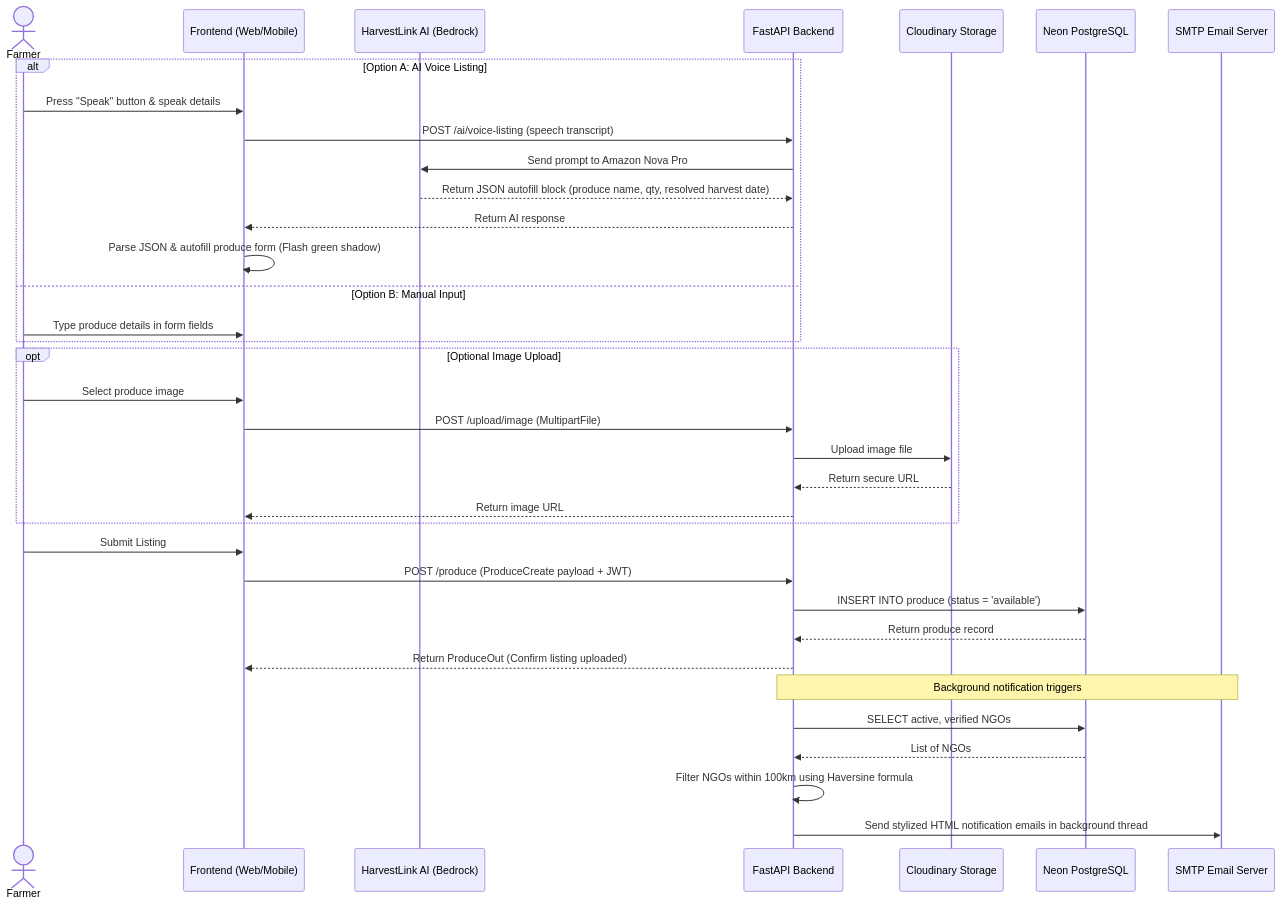
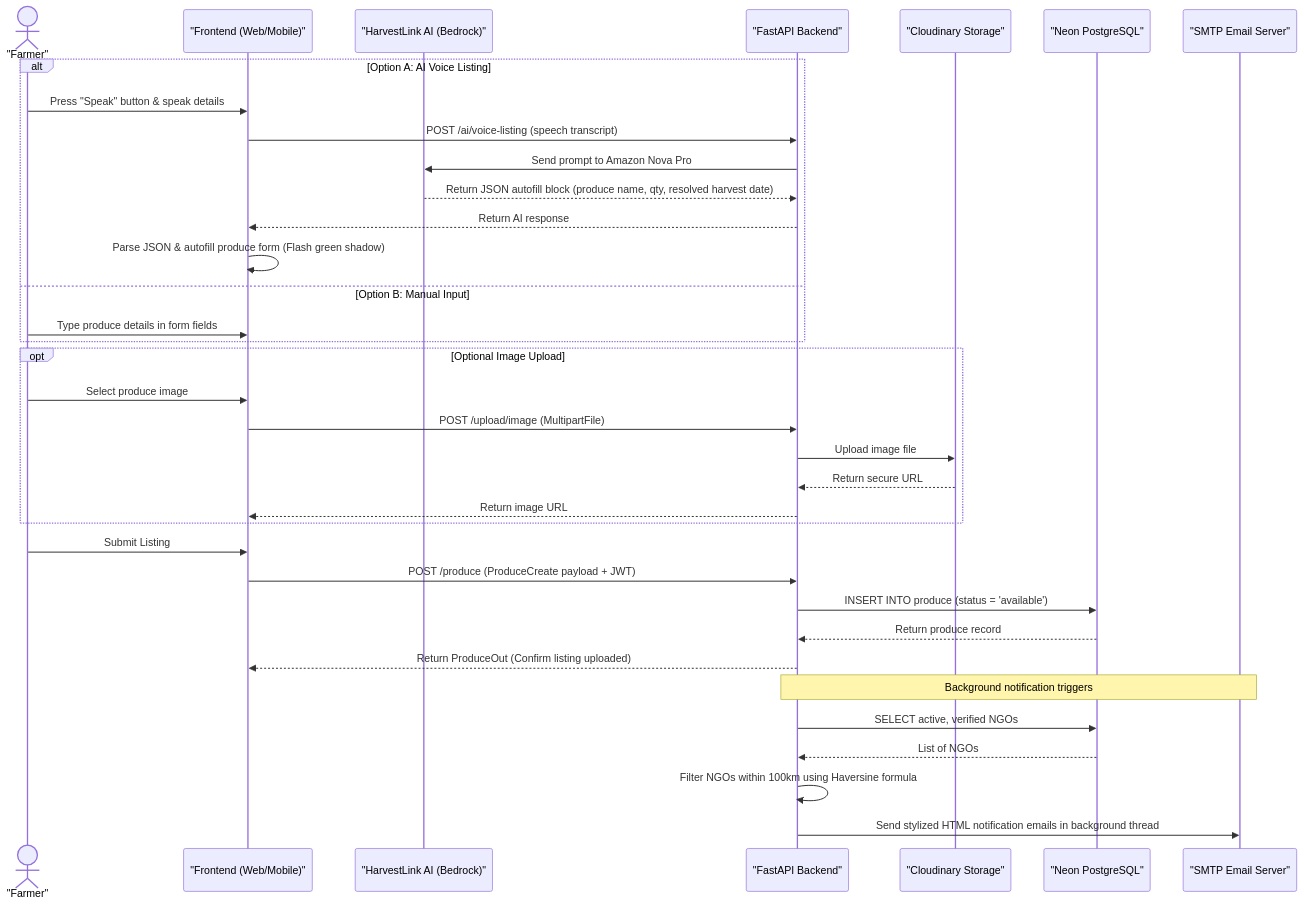
Before and after one commit to raza-shaikh-ai/Team-Core-4: the second of 5 diagrams in project_overview_presentation.md, drawn with Mermaid. The commit also changed other lines of this file and 19 other files, not shown here.

````diff
--- a/project_overview_presentation.md
+++ b/project_overview_presentation.md
@@ -107,41 +113,41 @@
 ```mermaid
 sequenceDiagram
-    actor Farmer
-    participant FE as Frontend (Web/Mobile)
-    participant AI as HarvestLink AI (Bedrock)
-    participant BE as FastAPI Backend
-    participant Cloud as Cloudinary Storage
-    participant DB as Neon PostgreSQL
-    participant Email as SMTP Email Server
+    actor Farmer as "Farmer"
+    participant FE as "Frontend (Web/Mobile)"
+    participant AI as "HarvestLink AI (Bedrock)"
+    participant BE as "FastAPI Backend"
+    participant Cloud as "Cloudinary Storage"
+    participant DB as "Neon PostgreSQL"
+    participant Email as "SMTP Email Server"
 
     alt Option A: AI Voice Listing
         Farmer->>FE: Press "Speak" button & speak details
         FE->>BE: POST /ai/voice-listing (speech transcript)
         BE->>AI: Send prompt to Amazon Nova Pro
         AI-->>BE: Return JSON autofill block (produce name, qty, resolved harvest date)
         BE-->>FE: Return AI response
         FE->>FE: Parse JSON & autofill produce form (Flash green shadow)
     else Option B: Manual Input
         Farmer->>FE: Type produce details in form fields
     end
 
     opt Optional Image Upload
         Farmer->>FE: Select produce image
         FE->>BE: POST /upload/image (MultipartFile)
         BE->>Cloud: Upload image file
         Cloud-->>BE: Return secure URL
         BE-->>FE: Return image URL
     end
 
     Farmer->>FE: Submit Listing
     FE->>BE: POST /produce (ProduceCreate payload + JWT)
     BE->>DB: INSERT INTO produce (status = 'available')
     DB-->>BE: Return produce record
     BE-->>FE: Return ProduceOut (Confirm listing uploaded)
     
     Note over BE, Email: Background notification triggers
     BE->>DB: SELECT active, verified NGOs
     DB-->>BE: List of NGOs
     BE->>BE: Filter NGOs within 100km using Haversine formula
     BE->>Email: Send stylized HTML notification emails in background thread
 ```
````
